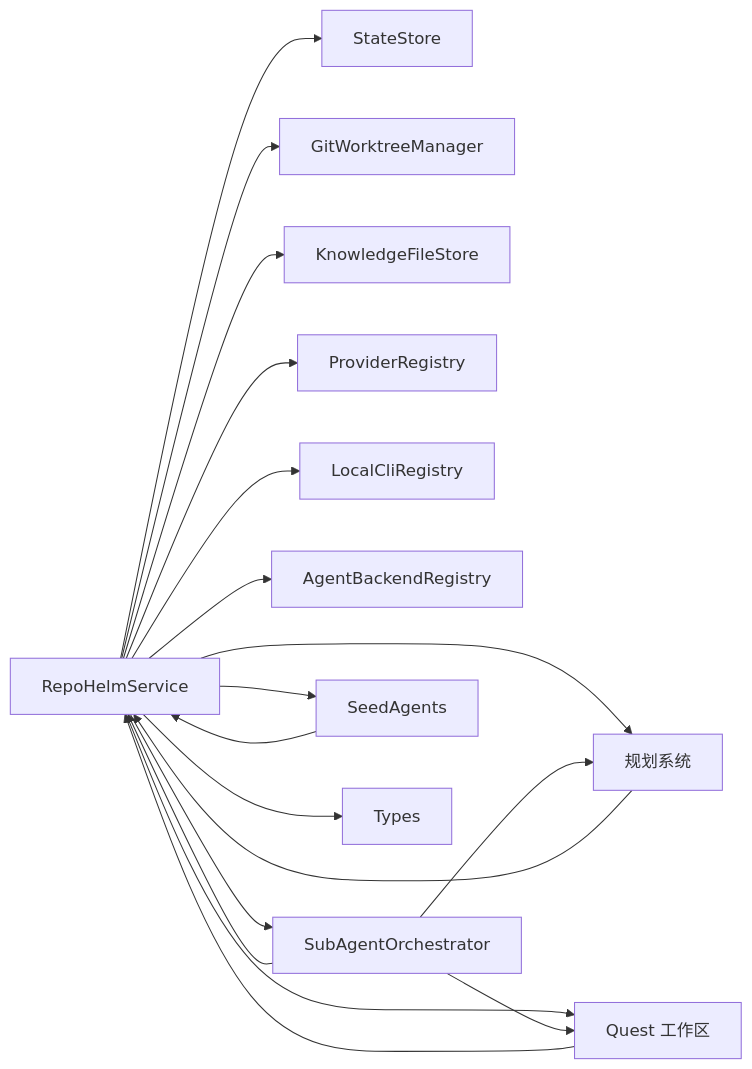
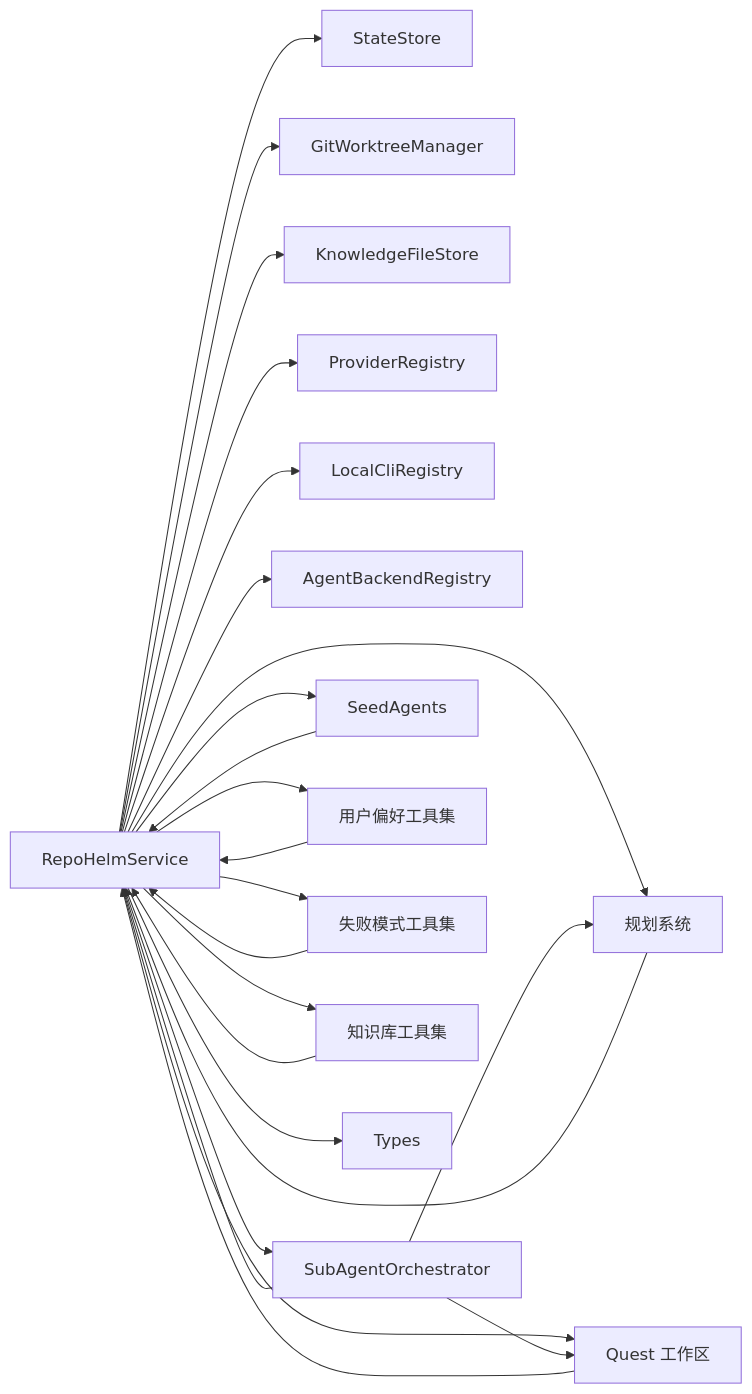
One commit to coconilu/RepoHelm changed diagram 12 of 12 in .qoder/repowiki/zh/content/核心服务模块/核心服务模块.md. Above: the diagram before and after it, drawn with Mermaid. The commit also changed other lines of this file and 12 other files, not shown here.

````diff
--- a/.qoder/repowiki/zh/content/核心服务模块/核心服务模块.md
+++ b/.qoder/repowiki/zh/content/核心服务模块/核心服务模块.md
@@ -561,20 +818,26 @@
 ```mermaid
 graph LR
 S["RepoHelmService"] --> ST["StateStore"]
 S --> G["GitWorktreeManager"]
 S --> KF["KnowledgeFileStore"]
 S --> PR["ProviderRegistry"]
 S --> LR["LocalCliRegistry"]
 S --> AR["AgentBackendRegistry"]
 S --> O["SubAgentOrchestrator"]
 S --> P["规划系统"]
 S --> QW["Quest 工作区"]
 S --> SA["SeedAgents"]
+S --> HT["用户偏好工具集"]
+S --> FT["失败模式工具集"]
+S --> KT["知识库工具集"]
 S --> T["Types"]
 O --> S
 O --> P
 O --> QW
 P --> S
 QW --> S
 SA --> S
+HT --> S
+FT --> S
+KT --> S
 ```
````
